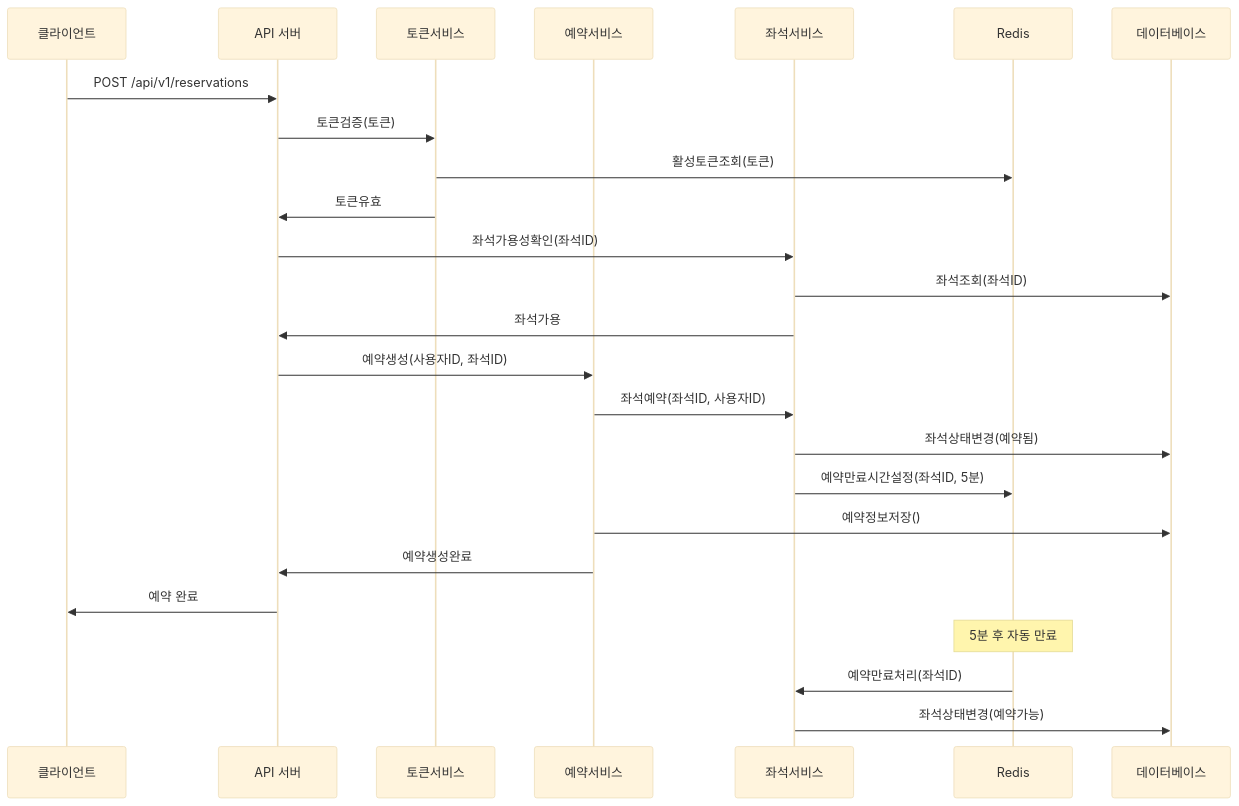
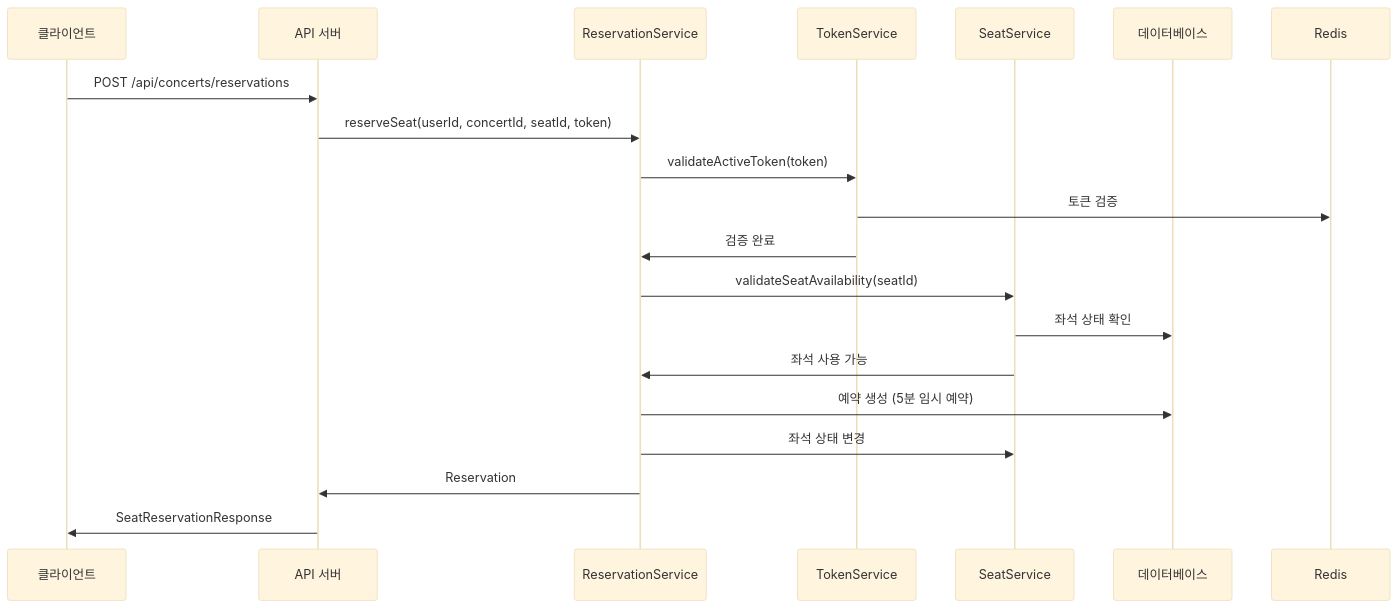
The second of 5 diagrams in README.md (hanghae99-backend/2-SERVICE), drawn with Mermaid (base theme) before and after one commit. The commit also changed other lines of this file and 4 other files, not shown here.

````diff
--- a/README.md
+++ b/README.md
@@ -50,31 +77,24 @@
 ```mermaid
 sequenceDiagram
     participant C as 클라이언트
     participant API as API 서버
-    participant TS as 토큰서비스
-    participant RS as 예약서비스
-    participant SS as 좌석서비스
-    participant R as Redis
+    participant RS as ReservationService
+    participant TS as TokenService
+    participant SS as SeatService
     participant DB as 데이터베이스
     
-    C->>API: POST /api/v1/reservations
-    API->>TS: 토큰검증(토큰)
-    TS->>R: 활성토큰조회(토큰)
-    TS->>API: 토큰유효
+    C->>API: POST /api/concerts/reservations
+    API->>RS: reserveSeat(userId, concertId, seatId, token)
+    RS->>TS: validateActiveToken(token)
+    TS->>Redis: 토큰 검증
+    TS->>RS: 검증 완료
     
-    API->>SS: 좌석가용성확인(좌석ID)
-    SS->>DB: 좌석조회(좌석ID)
-    SS->>API: 좌석가용
+    RS->>SS: validateSeatAvailability(seatId)
+    SS->>DB: 좌석 상태 확인
+    SS->>RS: 좌석 사용 가능
     
-    API->>RS: 예약생성(사용자ID, 좌석ID)
-    RS->>SS: 좌석예약(좌석ID, 사용자ID)
-    SS->>DB: 좌석상태변경(예약됨)
-    SS->>R: 예약만료시간설정(좌석ID, 5분)
-    RS->>DB: 예약정보저장()
-    RS->>API: 예약생성완료
-    API->>C: 예약 완료
-    
-    Note over R: 5분 후 자동 만료
-    R->>SS: 예약만료처리(좌석ID)
-    SS->>DB: 좌석상태변경(예약가능)
+    RS->>DB: 예약 생성 (5분 임시 예약)
+    RS->>SS: 좌석 상태 변경
+    RS->>API: Reservation
+    API->>C: SeatReservationResponse
 ```
````
